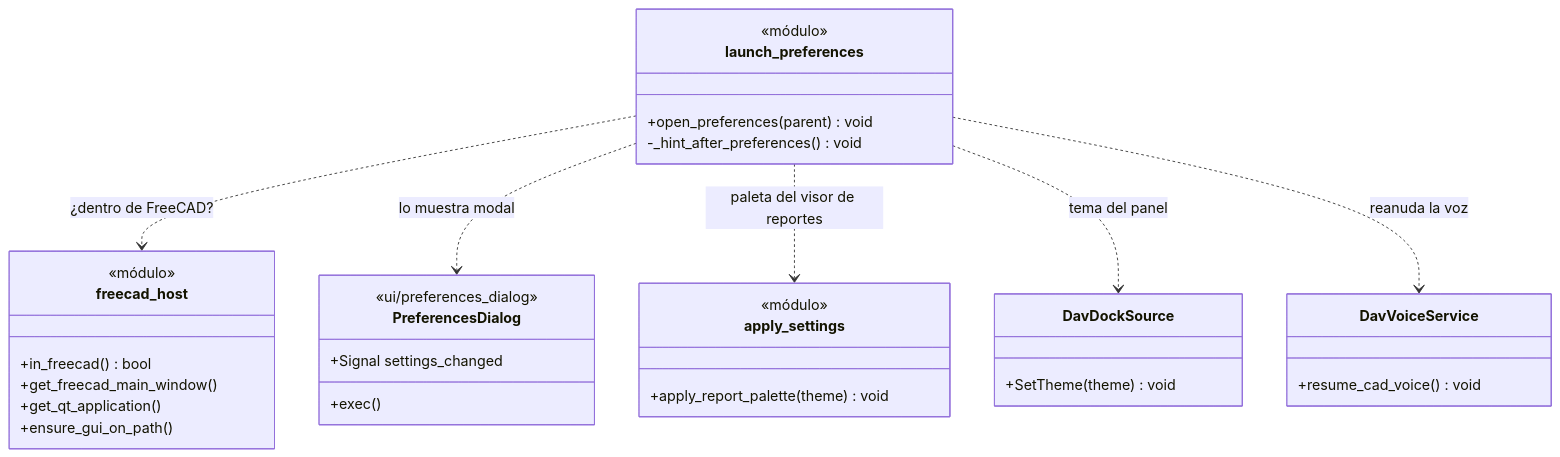
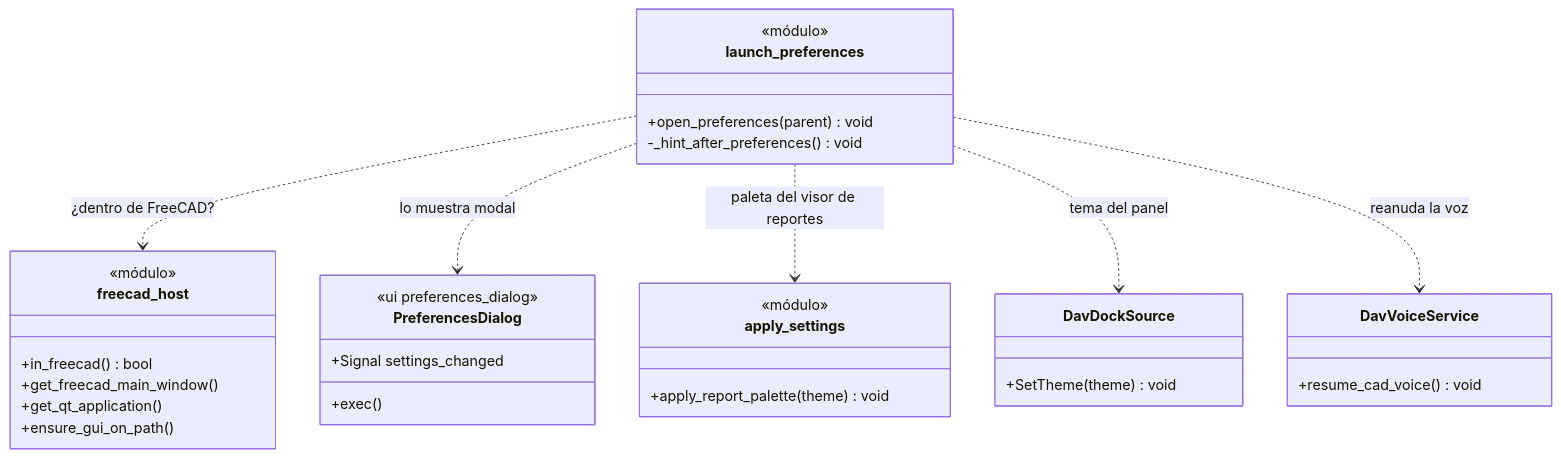
The first of 2 diagrams in Dav/docs/diagramas/LaunchPreferences.md (DAv-Project-Team-UADER/DAV), drawn with Mermaid before and after one commit. The commit also changed 12 other files, not shown here.

First line of the commit message:
Docs: revamp dic/CONTEXT and fix diagrams

````diff
--- a/Dav/docs/diagramas/LaunchPreferences.md
+++ b/Dav/docs/diagramas/LaunchPreferences.md
@@ -9,41 +9,41 @@
 ```mermaid
 classDiagram
     class launch_preferences {
         <<módulo>>
         +open_preferences(parent) void
         -_hint_after_preferences() void
     }
 
     class PreferencesDialog {
-        <<ui/preferences_dialog>>
+        <<ui preferences_dialog>>
         +Signal settings_changed
         +exec()
     }
 
     class freecad_host {
         <<módulo>>
         +in_freecad() bool
         +get_freecad_main_window()
         +get_qt_application()
         +ensure_gui_on_path()
     }
 
     class apply_settings {
         <<módulo>>
         +apply_report_palette(theme) void
     }
 
     class DavDockSource {
         +SetTheme(theme) void
     }
 
     class DavVoiceService {
         +resume_cad_voice() void
     }
 
     launch_preferences ..> freecad_host : ¿dentro de FreeCAD?
     launch_preferences ..> PreferencesDialog : lo muestra modal
     launch_preferences ..> apply_settings : paleta del visor de reportes
     launch_preferences ..> DavDockSource : tema del panel
     launch_preferences ..> DavVoiceService : reanuda la voz
 ```
````
